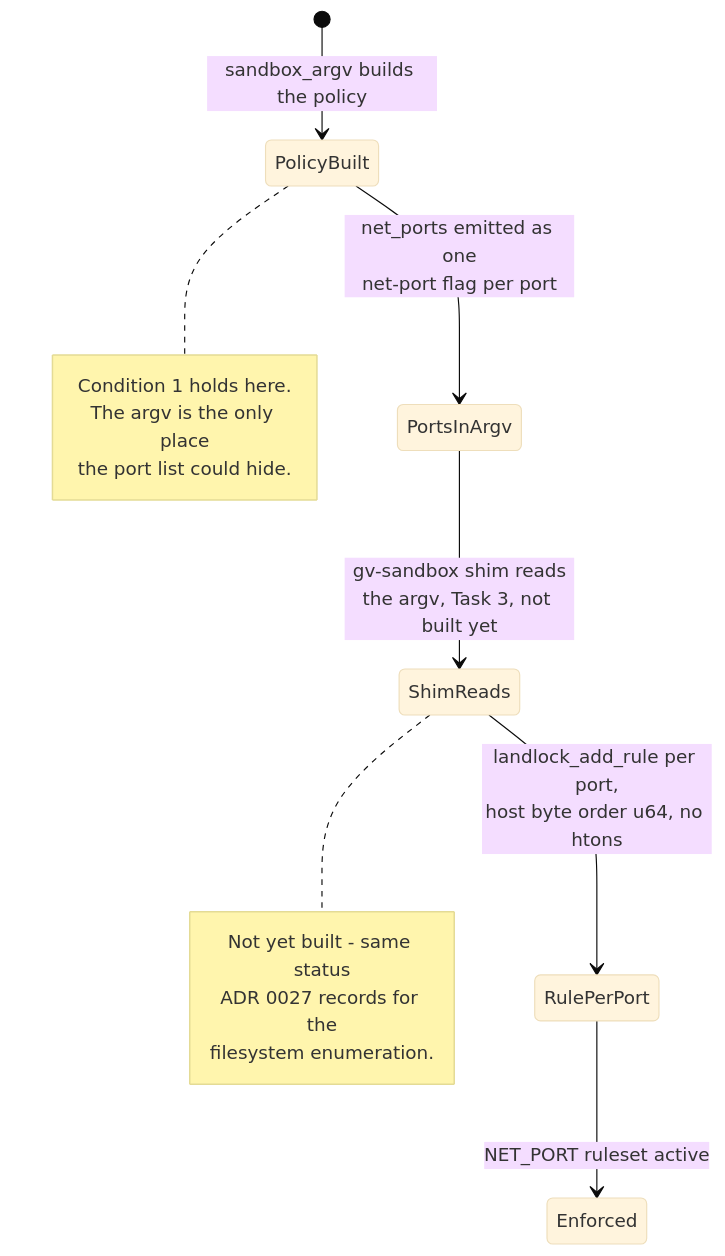
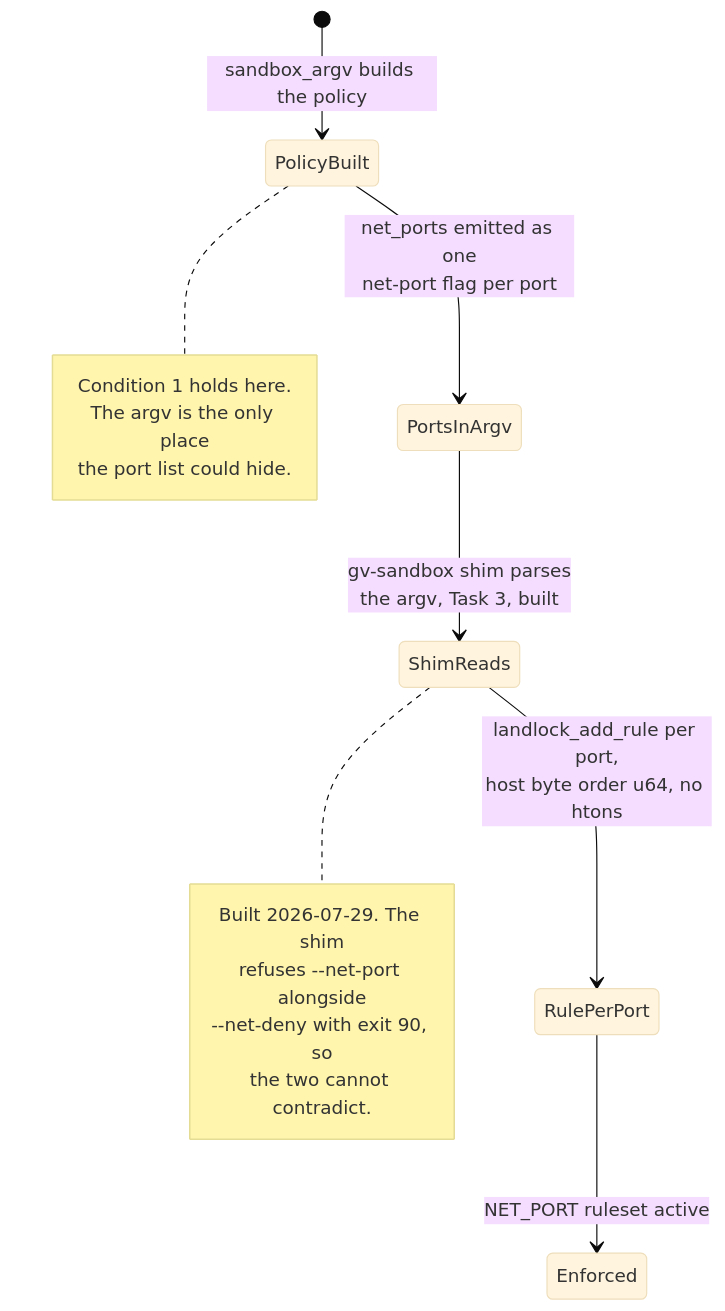
One commit to tom2025b/git-vista changed the fifth of 6 diagrams in docs/adr/0028-network-tier-ports-not-hosts.md. Above: the diagram before and after it, drawn with Mermaid (base theme). The commit also changed other lines of this file and 2 other files, not shown here.

````diff
--- a/docs/adr/0028-network-tier-ports-not-hosts.md
+++ b/docs/adr/0028-network-tier-ports-not-hosts.md
@@ -209,18 +209,19 @@
 ```mermaid
 stateDiagram-v2
     [*] --> PolicyBuilt: sandbox_argv builds the policy
     PolicyBuilt --> PortsInArgv: net_ports emitted as one<br/>net-port flag per port
-    PortsInArgv --> ShimReads: gv-sandbox shim reads<br/>the argv, Task 3, not built yet
+    PortsInArgv --> ShimReads: gv-sandbox shim parses<br/>the argv, Task 3, built
     ShimReads --> RulePerPort: landlock_add_rule per port,<br/>host byte order u64, no htons
     RulePerPort --> Enforced: NET_PORT ruleset active
     note right of PolicyBuilt
       Condition 1 holds here.
       The argv is the only place
       the port list could hide.
     end note
     note right of ShimReads
-      Not yet built - same status
-      ADR 0027 records for the
-      filesystem enumeration.
+      Built 2026-07-29. The shim
+      refuses --net-port alongside
+      --net-deny with exit 90, so
+      the two cannot contradict.
     end note
 ```
````
